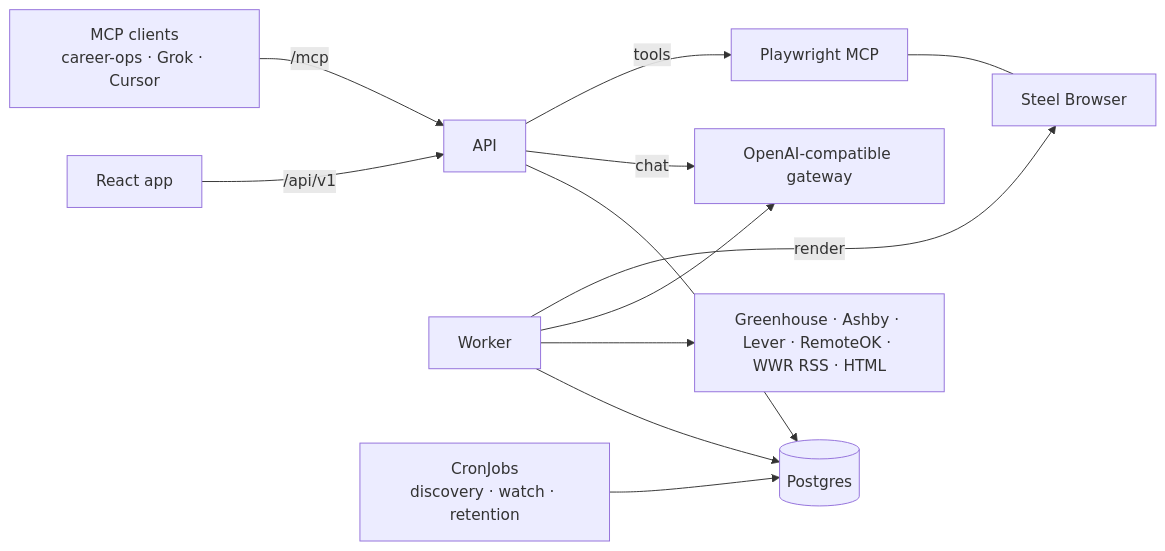
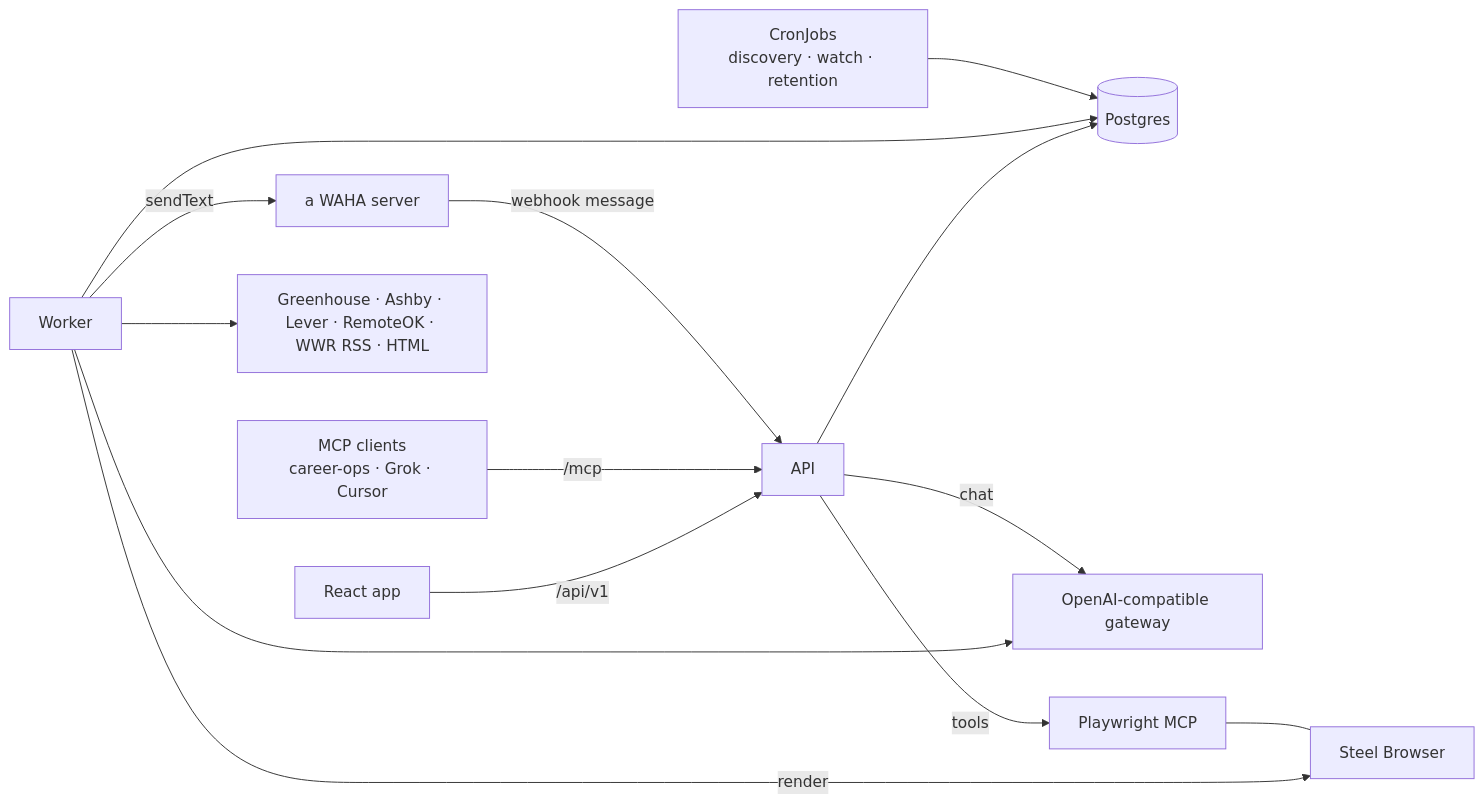
One commit to giovannirco/job-scout changed the first of 2 diagrams in docs/ARCHITECTURE.md. Above: the diagram before and after it, drawn with Mermaid. The commit also changed other lines of this file and 46 other files, not shown here.

````diff
--- a/docs/ARCHITECTURE.md
+++ b/docs/ARCHITECTURE.md
@@ -5,14 +5,16 @@
 ```mermaid
 flowchart LR
   UI[React app] -->|/api/v1| API
   Agents[MCP clients<br/>career-ops · Grok · Cursor] -->|/mcp| API
   API --> PG[(Postgres)]
   Worker --> PG
   Worker --> ATS[Greenhouse · Ashby · Lever · RemoteOK · WWR RSS · HTML]
   Worker --> LLM[OpenAI-compatible gateway]
+  Worker -->|sendText| WAHA[a WAHA server]
+  WAHA -->|webhook message| API
   API -->|chat| LLM
   API -->|tools| PMCP[Playwright MCP]
   Worker -->|render| Steel[Steel Browser]
   PMCP --- Steel
   Cron[CronJobs<br/>discovery · watch · retention] --> PG
 ```
````
